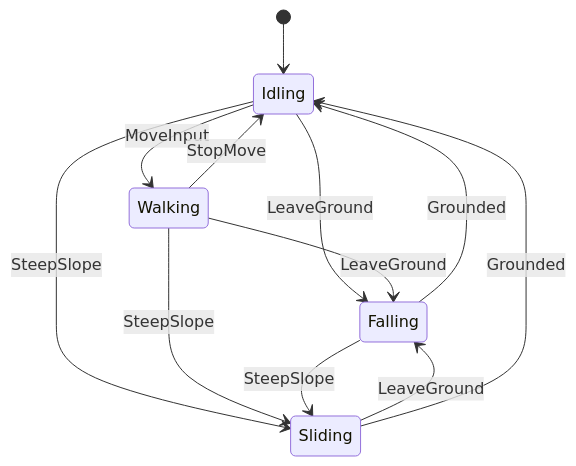
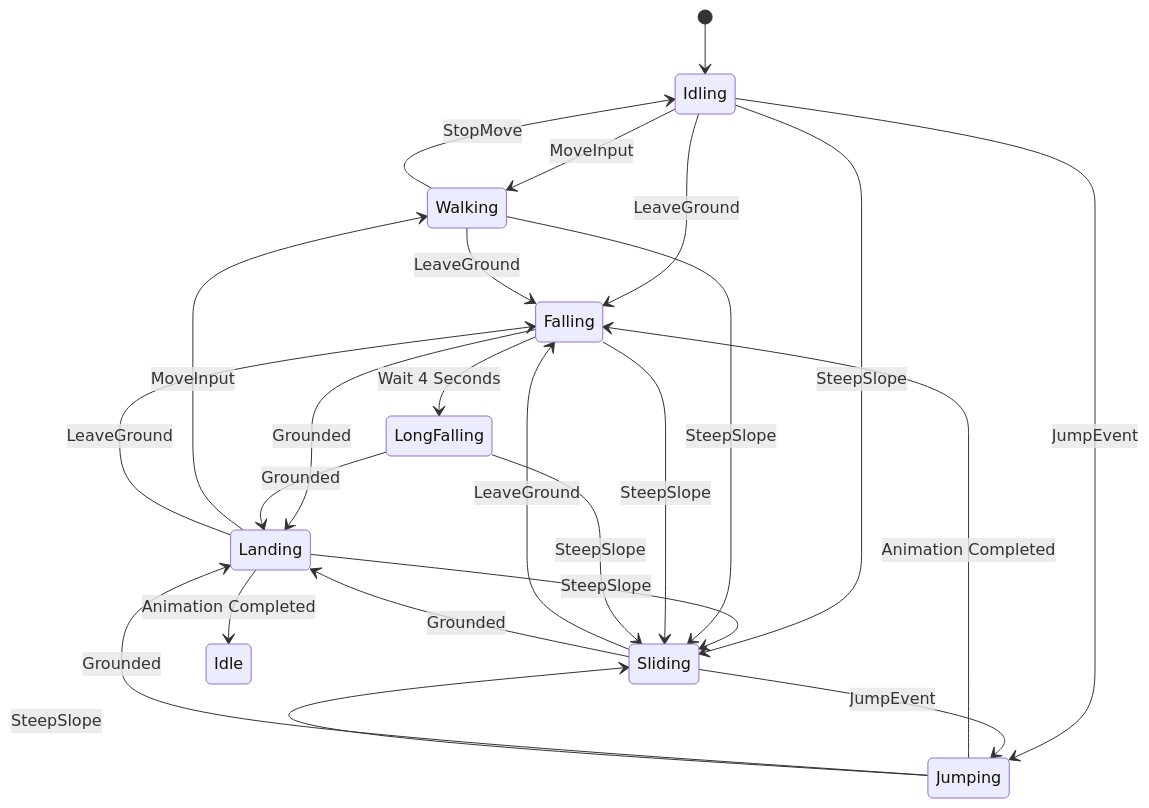
The diagram in Documentation/manual/kcc-design/kcc-fsm-design.md (nicholas-maltbie/OpenKCC), drawn with Mermaid before and after one commit. The commit also changed 71 other files, not shown here.

````diff
--- a/Documentation/manual/kcc-design/kcc-fsm-design.md
+++ b/Documentation/manual/kcc-design/kcc-fsm-design.md
@@ -31,18 +31,33 @@
 ```mermaid
 stateDiagram
     [*] --> Idling
 
     Idling --> Walking : MoveInput
     Idling --> Falling : LeaveGround
     Idling --> Sliding : SteepSlope
+    Idling --> Jumping : JumpEvent
+
+    Jumping --> Falling : Animation Completed
+    Jumping --> Landing : Grounded
+    Jumping --> Sliding : SteepSlope
+
+    Landing --> Idle : Animation Completed
+    Landing --> Walking : MoveInput
+    Landing --> Falling : LeaveGround
+    Landing --> Sliding : SteepSlope
 
     Walking --> Idling : StopMove
     Walking --> Falling : LeaveGround
     Walking --> Sliding : SteepSlope
 
     Sliding --> Falling : LeaveGround
-    Sliding --> Idling : Grounded
+    Sliding --> Landing : Grounded
+    Sliding --> Jumping : JumpEvent
 
-    Falling --> Idling : Grounded
+    Falling --> Landing : Grounded
     Falling --> Sliding : SteepSlope
+    Falling --> LongFalling : Wait 4 Seconds
+
+    LongFalling --> Landing : Grounded
+    LongFalling --> Sliding : SteepSlope
 ```
````
